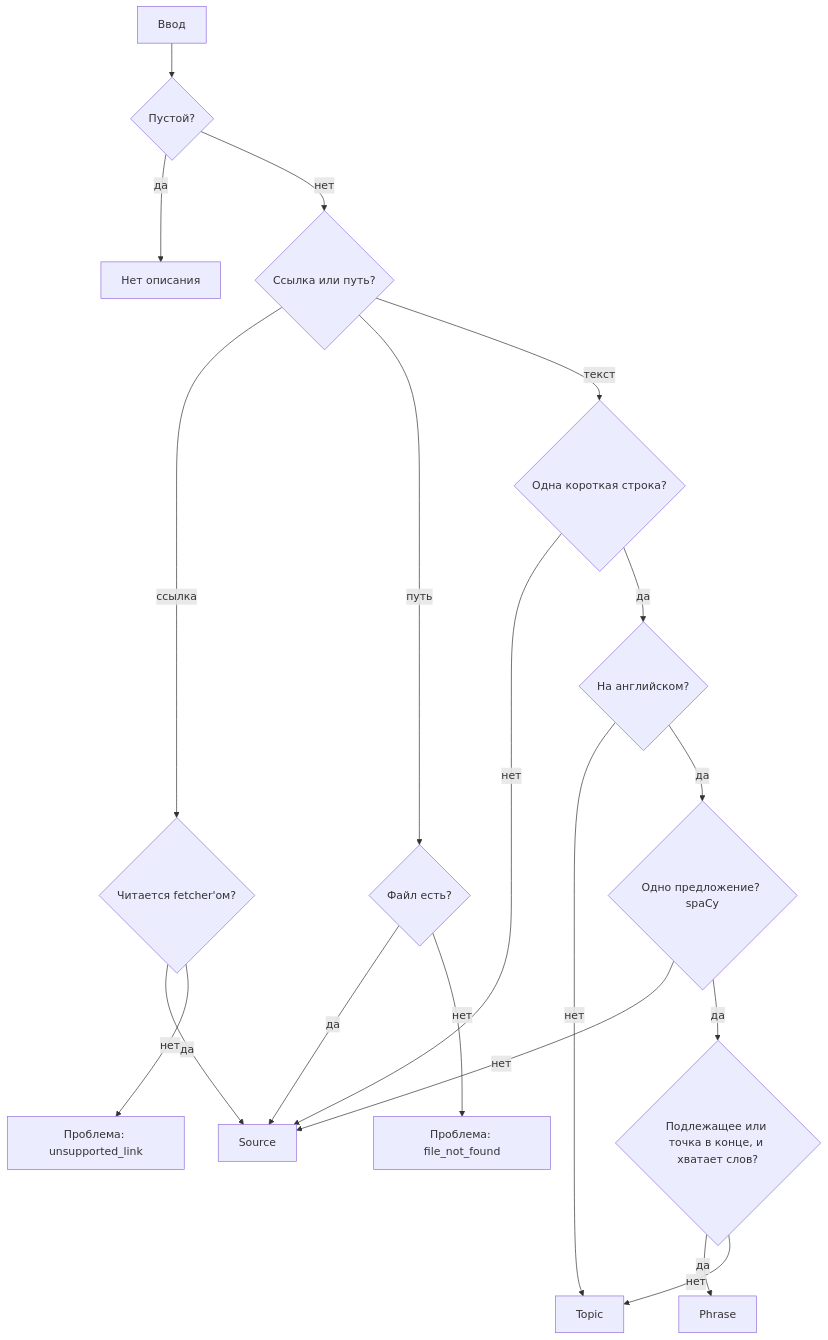
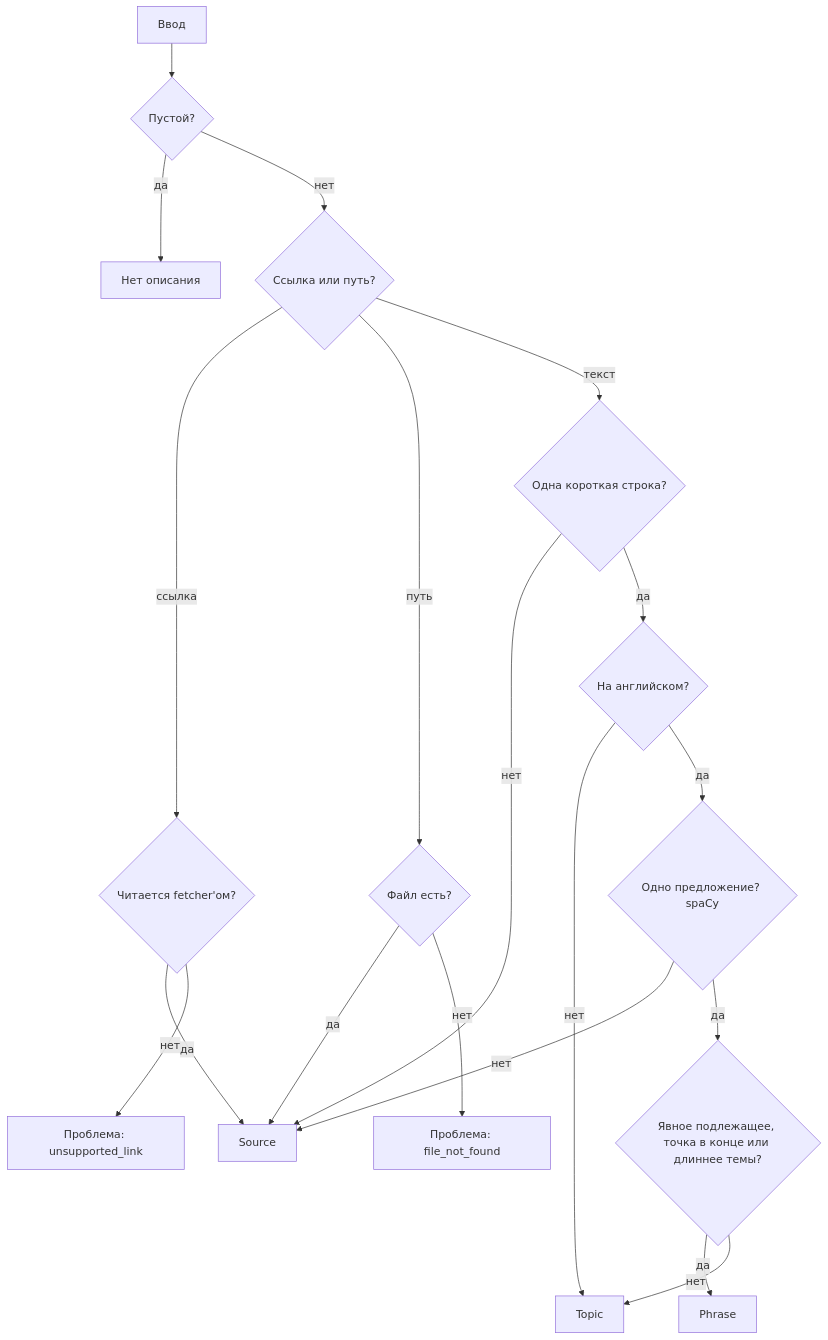
Before and after one commit to kudrmax/anything-to-anki: the diagram in tasks/add-screen-intake.md, drawn with Mermaid. The commit also changed other lines of this file and 6 other files, not shown here.

````diff
--- a/tasks/add-screen-intake.md
+++ b/tasks/add-screen-intake.md
@@ -76,21 +81,21 @@
 ```mermaid
 flowchart TD
     A[Ввод] --> E0{Пустой?}
     E0 -- да --> N[Нет описания]
     E0 -- нет --> B{Ссылка или путь?}
     B -- ссылка --> C{Читается fetcher'ом?}
     C -- да --> S[Source]
     C -- нет --> P1[Проблема: unsupported_link]
     B -- путь --> D{Файл есть?}
     D -- да --> S
     D -- нет --> P2[Проблема: file_not_found]
     B -- текст --> L{Одна короткая строка?}
     L -- нет --> S
     L -- да --> G{На английском?}
     G -- нет --> T
     G -- да --> E{Одно предложение? spaCy}
     E -- нет --> S
-    E -- да --> F{Подлежащее или точка в конце, и хватает слов?}
+    E -- да --> F{Явное подлежащее, точка в конце или длиннее темы?}
     F -- да --> PH[Phrase]
     F -- нет --> T[Topic]
 ```
````
